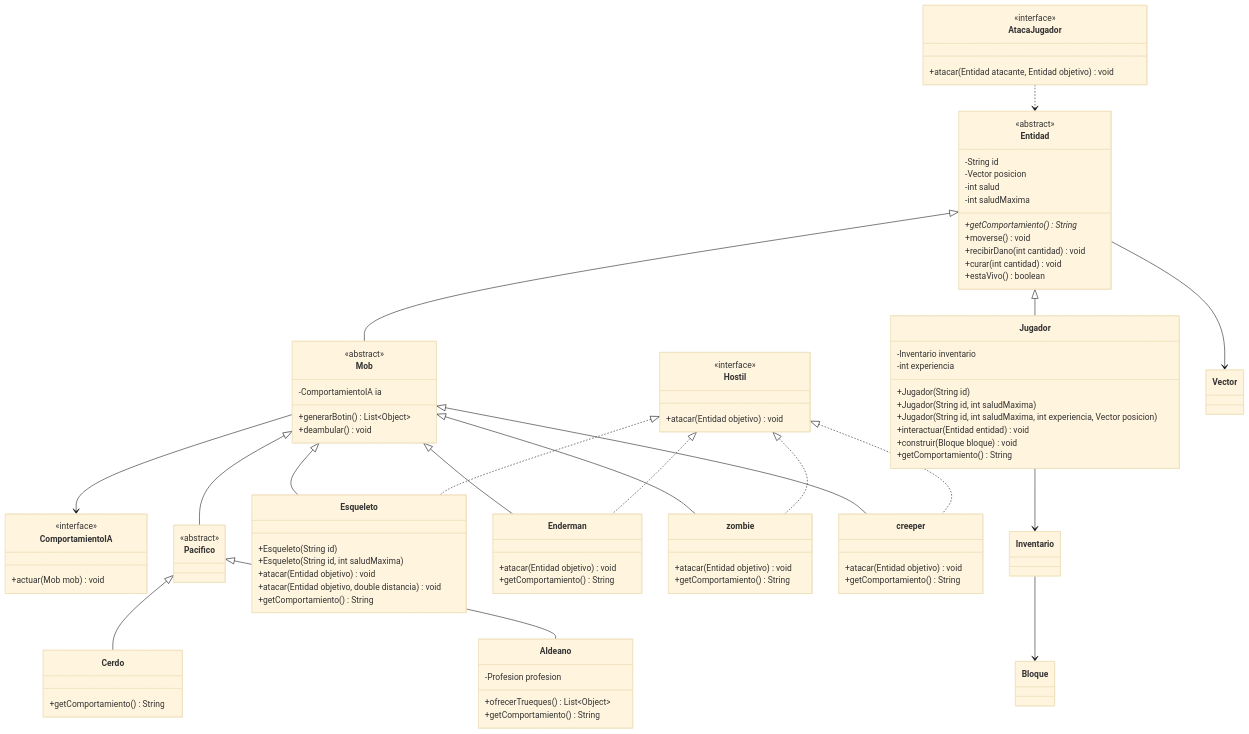
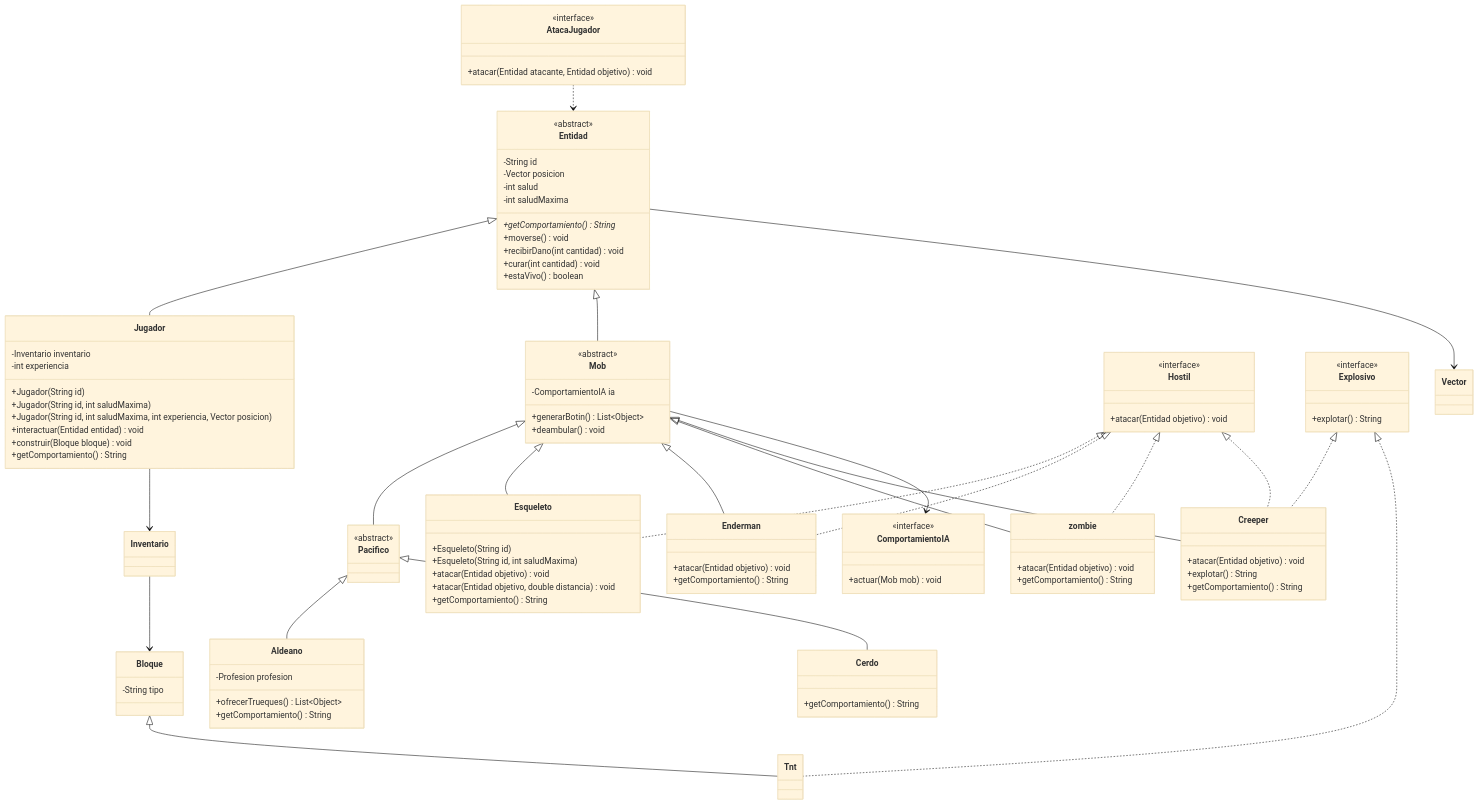
Before and after one commit to LucasFadul/lfadul-tp-lp3-2026: the diagram in README.md, drawn with Mermaid (base theme). The commit also changed other lines of this file and 7 other files, not shown here.

```diff
--- a/README.md
+++ b/README.md
@@ -73,6 +74,11 @@
         +atacar(Entidad atacante, Entidad objetivo) void
     }
 
+    class Explosivo {
+        <<interface>>
+        +explotar() String
+    }
+
     class Pacifico {
         <<abstract>>
     }
@@ -95,9 +101,17 @@
         +getComportamiento() String
     }
 
-    class creeper {
+    class Creeper {
         +atacar(Entidad objetivo) void
+        +explotar() String
         +getComportamiento() String
+    }
+
+    class Bloque {
+        -String tipo
+    }
+
+    class Tnt {
     }
 
     class Aldeano {
@@ -116,13 +130,16 @@
     Mob <|-- Esqueleto
     Mob <|-- Enderman
     Mob <|-- zombie
-    Mob <|-- creeper
+    Mob <|-- Creeper
     Pacifico <|-- Aldeano
     Pacifico <|-- Cerdo
     Hostil <|.. Esqueleto
     Hostil <|.. Enderman
     Hostil <|.. zombie
-    Hostil <|.. creeper
+    Hostil <|.. Creeper
+    Explosivo <|.. Creeper
+    Explosivo <|.. Tnt
+    Bloque <|-- Tnt
     AtacaJugador ..> Entidad
     Mob --> ComportamientoIA
     Jugador --> Inventario
```
